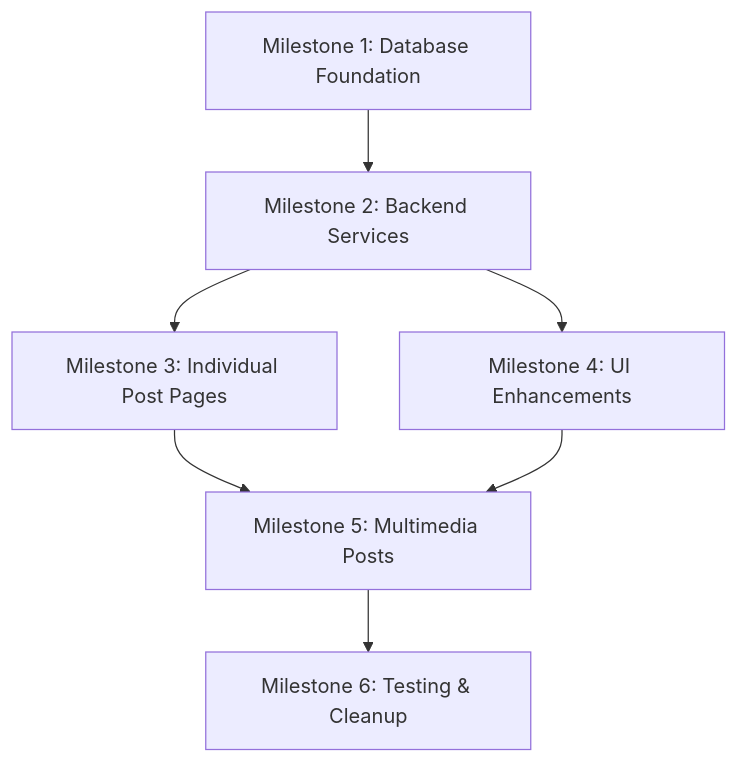
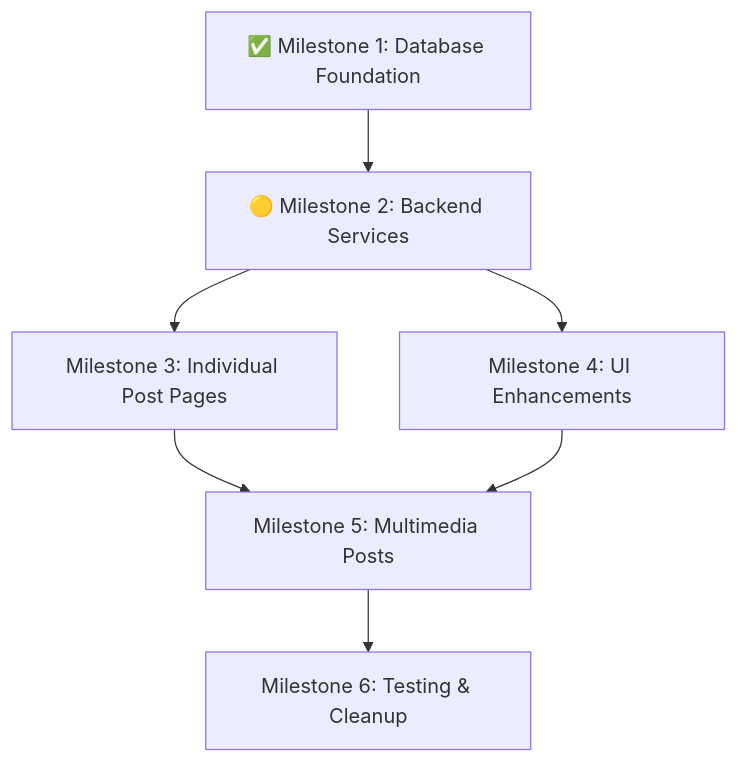
The diagram in docs/README-BÍBLIA.md (AltKhyin/app-documentation-compass), drawn with Mermaid before and after one commit. The commit also changed other lines of this file and 3 other files, not shown here.

First line of the commit message:
Run SQL migration for database foundation.

````diff
--- a/docs/README-BÍBLIA.md
+++ b/docs/README-BÍBLIA.md
@@ -270,9 +279,9 @@
 ```mermaid
 graph TD
-    A[Milestone 1: Database Foundation] --> B[Milestone 2: Backend Services]
+    A[✅ Milestone 1: Database Foundation] --> B[🟡 Milestone 2: Backend Services]
     B --> C[Milestone 3: Individual Post Pages]
     B --> D[Milestone 4: UI Enhancements]
     C --> E[Milestone 5: Multimedia Posts]
     D --> E
     E --> F[Milestone 6: Testing & Cleanup]
 ```
````
